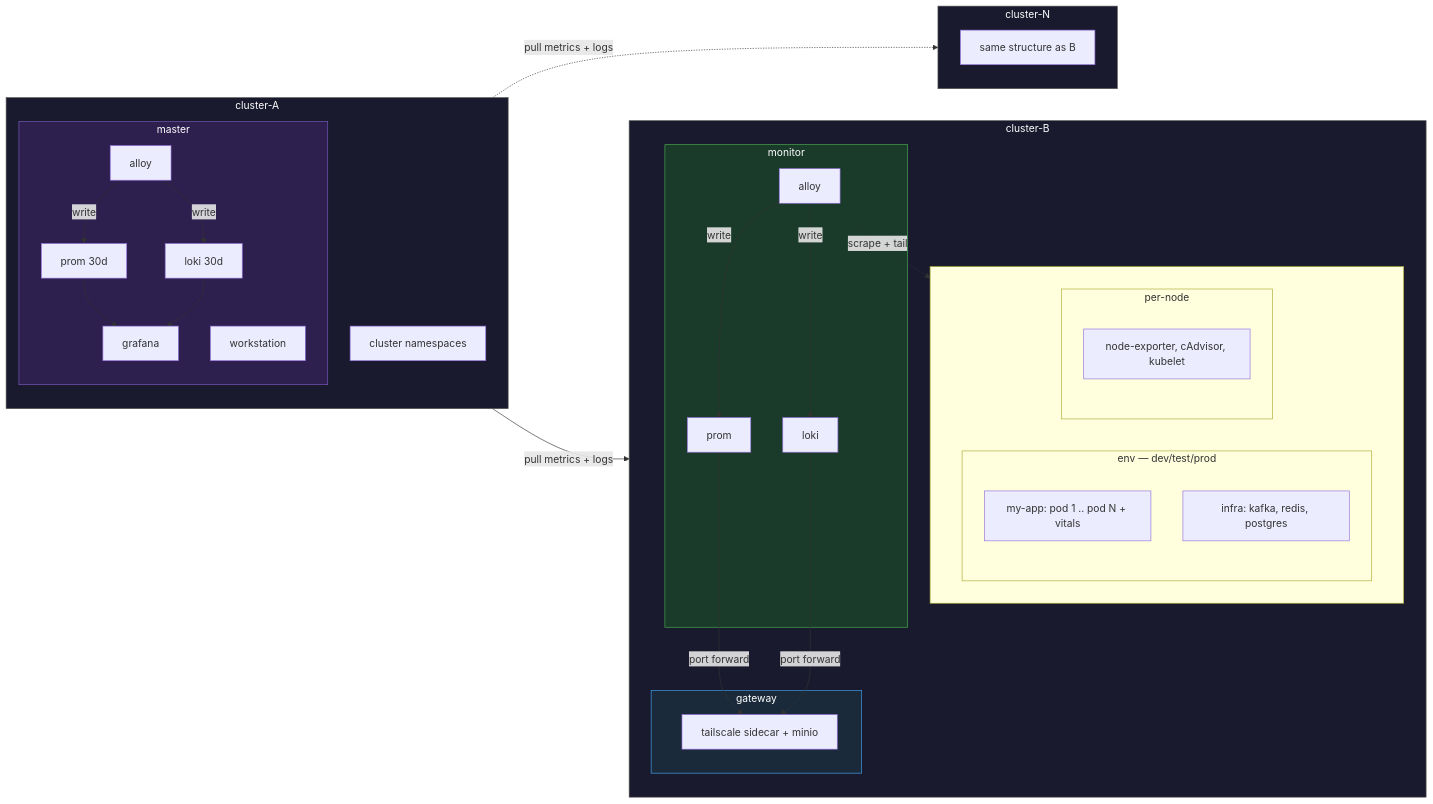
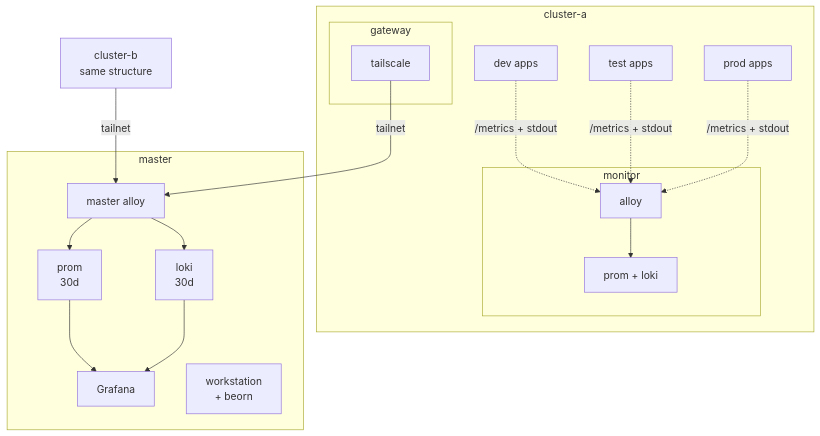
The first of 2 diagrams in docs/infra/infrastructure.md (Kord96/kordinate), drawn with Mermaid before and after one commit. The commit also changed other lines of this file and 5 other files, not shown here.

````diff
--- a/docs/infra/infrastructure.md
+++ b/docs/infra/infrastructure.md
@@ -22,48 +76,28 @@
-```mermaid
-flowchart LR
-    subgraph CB[cluster-B]
-        direction TB
-        subgraph sources-b[" "]
-            direction LR
-            subgraph env-b[env — dev/test/prod]
-                myapp-b["my-app: pod 1 .. pod N + vitals"]
-                infra-svc-b["infra: kafka, redis, postgres"]
+    ```mermaid
+    flowchart TB
+        subgraph CA[cluster-a]
+            A1[dev apps] & A2[test apps] & A3[prod apps]
+
+            subgraph mon-a[monitor]
+                GA[alloy] --> PA[prom + loki]
             end
-            subgraph nodes-b[per-node]
-                NE-B["node-exporter, cAdvisor, kubelet"]
+
+            subgraph gw-a[gateway]
+                GWT[tailscale]
             end
+
+            A1 & A2 & A3 -.->|/metrics + stdout| GA
         end
-        subgraph mon-b[monitor]
-            AL-B[alloy] -->|write| PR-B[prom] & LK-B[loki]
+
+        subgraph M[master]
+            MA[master alloy] --> MP[prom<br/>30d] & ML[loki<br/>30d]
+            MP & ML --> G[Grafana]
+            WS[workstation<br/>+ beorn]
         end
-        subgraph gw-b[gateway]
-            GWT-B[tailscale sidecar + minio]
-        end
-        AL-B -.->|scrape + tail| sources-b
-        PR-B & LK-B -->|port forward| GWT-B
-    end
 
-    subgraph CA[cluster-A]
-        direction TB
-        subgraph master[master]
-            MA[alloy] -->|write| MP[prom 30d] & ML[loki 30d]
-            MP & ML --> G[grafana]
-            WS[workstation]
-        end
-        CA-OTHER[cluster namespaces]
-    end
+        GWT -->|tailnet| MA
 
-    subgraph CN[cluster-N]
-        CN-INNER[same structure as B]
-    end
+        CB[cluster-b<br/>same structure]
 
-    MA -->|pull metrics + logs| GWT-B
-    MA -.->|pull metrics + logs| CN
-
-    style master fill:#2d1f4e,stroke:#7c5cbf,color:#fff
-    style mon-b fill:#1a3a2a,stroke:#4caf50,color:#fff
-    style gw-b fill:#1a2a3a,stroke:#42a5f5,color:#fff
-    style CA fill:#1a1a2e,stroke:#555,color:#fff
-    style CB fill:#1a1a2e,stroke:#555,color:#fff
-    style CN fill:#1a1a2e,stroke:#555,color:#fff
-```
+        CB -->|tailnet| MA
+    ```
````
